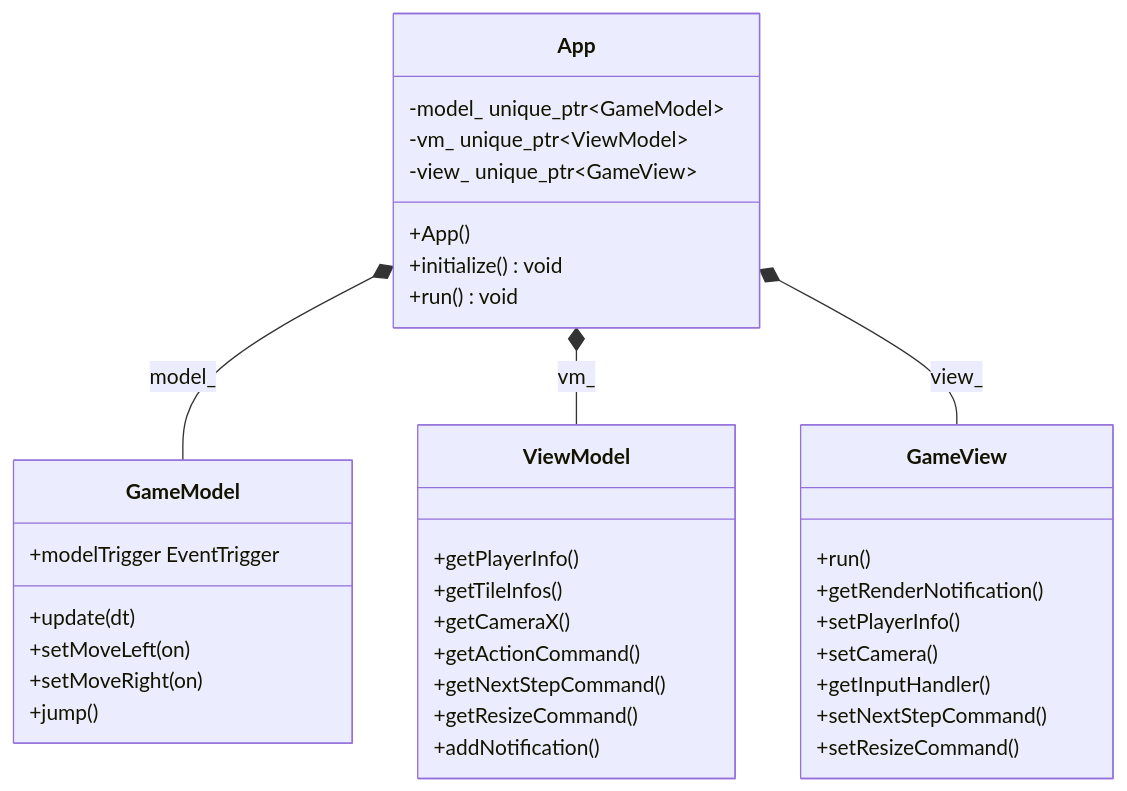
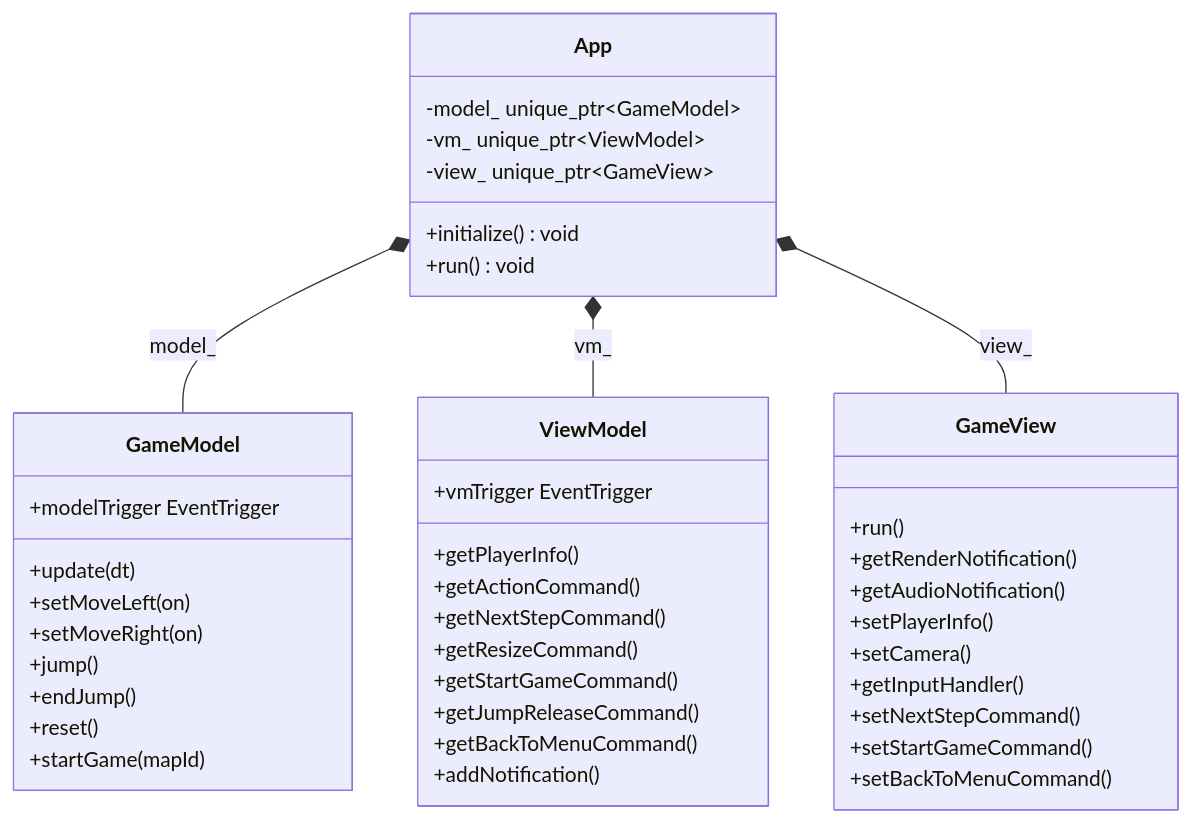
One commit to Lasuac-SG/Mario changed the fourth of 4 diagrams in README.md. Above: the diagram before and after it, drawn with Mermaid. The commit also changed other lines of this file, not shown here.

````diff
--- a/README.md
+++ b/README.md
@@ -299,45 +279,51 @@
 ```mermaid
 classDiagram
     direction TB
 
     class App {
-        +App()
         +initialize() void
         +run() void
         -model_ unique_ptr~GameModel~
         -vm_ unique_ptr~ViewModel~
         -view_ unique_ptr~GameView~
     }
 
     class GameModel {
         +update(dt)
         +setMoveLeft(on)
         +setMoveRight(on)
         +jump()
+        +endJump()
+        +reset()
+        +startGame(mapId)
         +modelTrigger EventTrigger
     }
 
     class ViewModel {
         +getPlayerInfo()
-        +getTileInfos()
-        +getCameraX()
         +getActionCommand()
         +getNextStepCommand()
         +getResizeCommand()
+        +getStartGameCommand()
+        +getJumpReleaseCommand()
+        +getBackToMenuCommand()
         +addNotification()
+        +vmTrigger EventTrigger
     }
 
     class GameView {
         +run()
         +getRenderNotification()
+        +getAudioNotification()
         +setPlayerInfo()
         +setCamera()
         +getInputHandler()
         +setNextStepCommand()
-        +setResizeCommand()
+        +setStartGameCommand()
+        +setBackToMenuCommand()
     }
 
     App *-- GameModel : model_
     App *-- ViewModel : vm_
     App *-- GameView : view_
 ```
````
